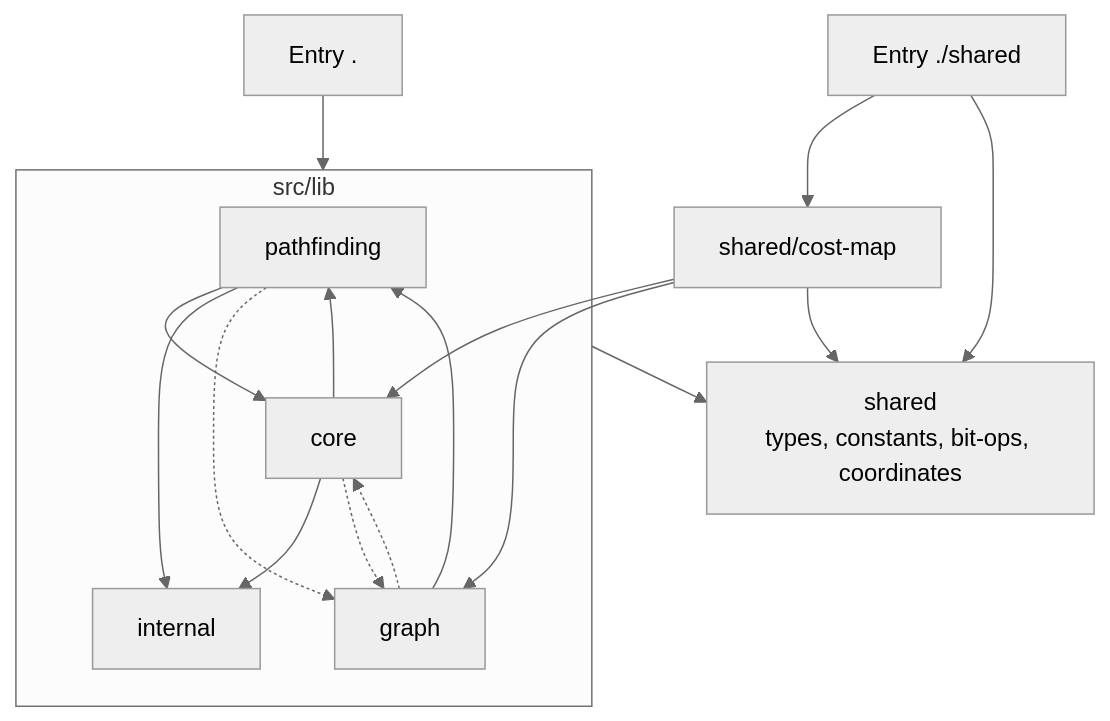
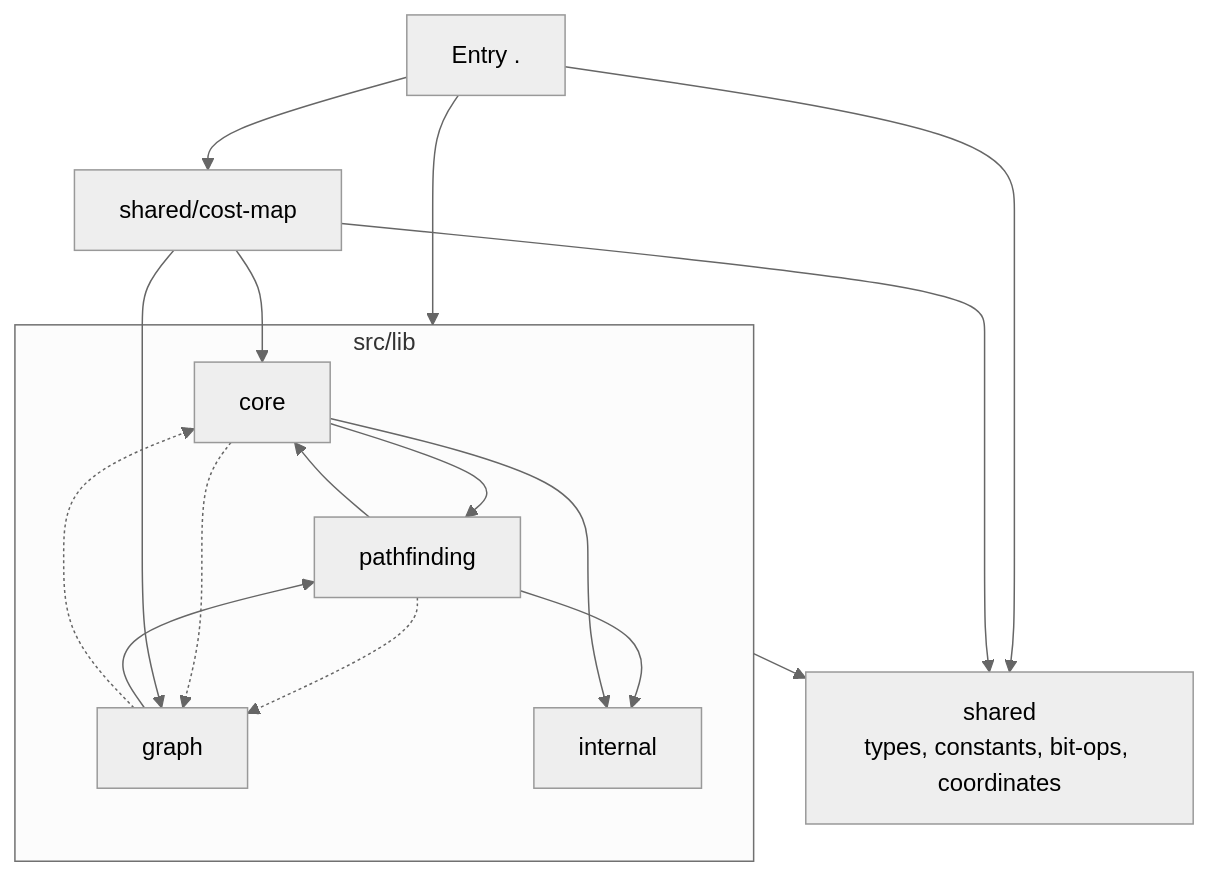
One commit to leptoquark1/openage-pfadfinder changed the third of 18 diagrams in docs/ARCHITECTURE.md. Above: the diagram before and after it, drawn with Mermaid (neutral theme). The commit also changed other lines of this file and 32 other files, not shown here.

````diff
--- a/docs/ARCHITECTURE.md
+++ b/docs/ARCHITECTURE.md
@@ -147,33 +146,32 @@
 ```mermaid
 flowchart TB
     Main["Entry ."]
-    SharedEntry["Entry ./shared"]
 
     subgraph Lib["src/lib"]
         Pathfinding["pathfinding"]
         Core["core"]
         Graph["graph"]
         Internal["internal"]
     end
 
     CostMap["shared/cost-map"]
     Shared["shared<br/>types, constants, bit-ops, coordinates"]
 
     Main --> Lib
-    SharedEntry --> CostMap
-    SharedEntry --> Shared
+    Main --> CostMap
+    Main --> Shared
 
     Pathfinding --> Core
     Core --> Pathfinding
     Graph --> Pathfinding
     Pathfinding --> Internal
     Core --> Internal
     Pathfinding -.-> Graph
     Core -.-> Graph
     Graph -.-> Core
 
     CostMap --> Core
     CostMap --> Graph
     CostMap --> Shared
     Lib --> Shared
 ```
````
